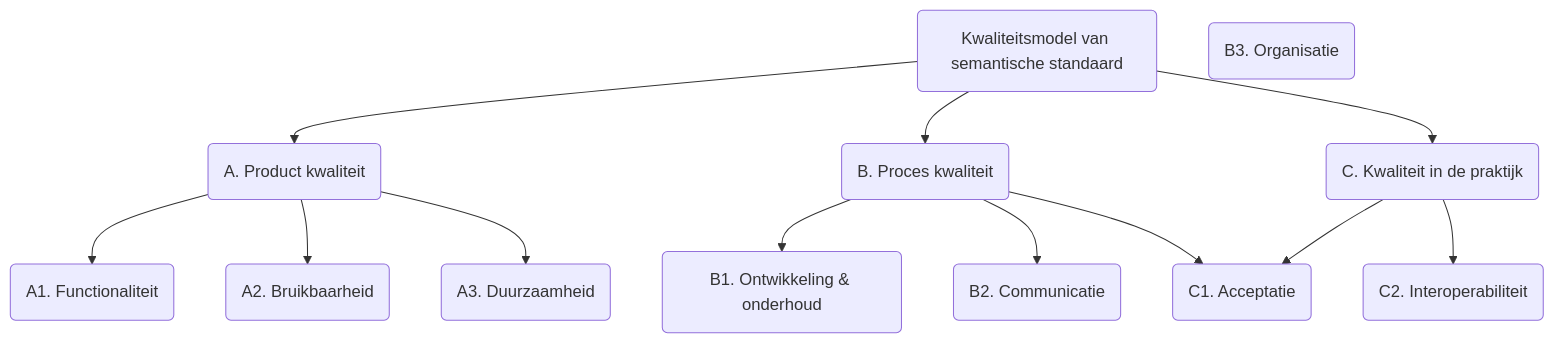
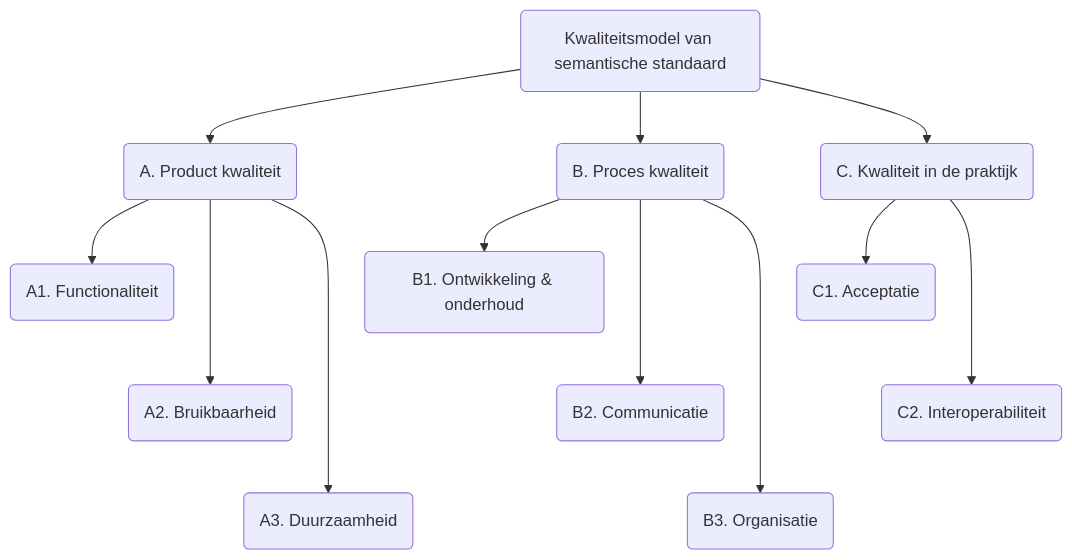
The second of 2 diagrams in ch02_Tactiek.md (Logius-standaarden/BOMOS-Verdieping), drawn with Mermaid before and after one commit.

Commit message:
Update ch02_Tactiek.md
mermaid experiment

````diff
--- a/ch02_Tactiek.md
+++ b/ch02_Tactiek.md
@@ -1131,26 +1131,26 @@
 ```mermaid
 graph TD;
     kwaliteit(Kwaliteitsmodel van semantische standaard);
     product(A. Product kwaliteit);
     proces(B. Proces kwaliteit);
     praktijk(C. Kwaliteit in de praktijk);
     functionaliteit(A1. Functionaliteit);
     bruikbaarheid(A2. Bruikbaarheid);
     duurzaamheid(A3. Duurzaamheid);
     ontwikkeling(B1. Ontwikkeling & onderhoud);
     communicatie(B2. Communicatie);
     organisatie(B3. Organisatie);
     acceptatie(C1. Acceptatie);
     interoperabiliteit(C2. Interoperabiliteit);
     kwaliteit-->product;
     kwaliteit-->proces;
     kwaliteit-->praktijk;
     product-->functionaliteit;
-    product-->bruikbaarheid;
-    product-->duurzaamheid;
+    product--->bruikbaarheid;
+    product---->duurzaamheid;
     proces-->ontwikkeling;
-    proces-->communicatie;
-    proces-->acceptatie;
+    proces--->communicatie;
+    proces---->organisatie;
     praktijk-->acceptatie;
-    praktijk-->interoperabiliteit;
+    praktijk--->interoperabiliteit;
 ```
````
